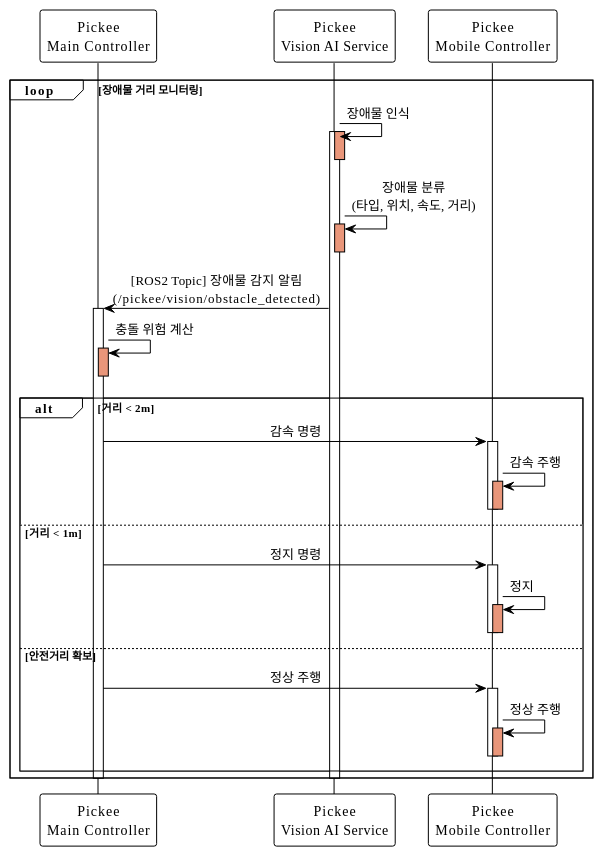
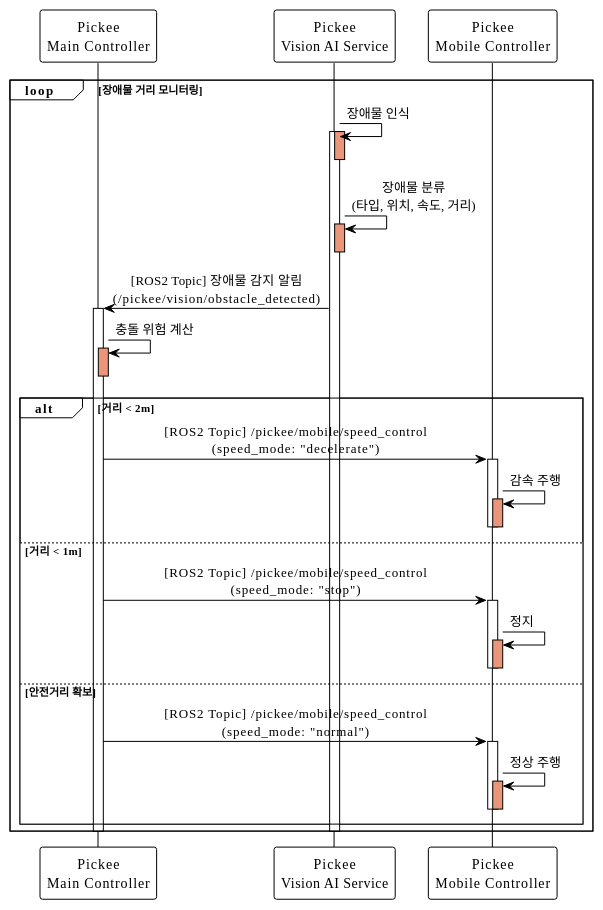
Before and after one commit to addinedu-roscamp-7th/roscamp-repo-1: the diagram in docs/SequenceDiagram/SC_02_2_2.md, drawn with PlantUML. The commit also changed 11 other files, not shown here.

```diff
--- a/docs/SequenceDiagram/SC_02_2_2.md
+++ b/docs/SequenceDiagram/SC_02_2_2.md
@@ -1,62 +1,62 @@
 @startuml SC_02_2_2
 !theme plain
 skinparam backgroundColor #FFFFFF
 skinparam sequenceMessageAlign center
 
 participant "Pickee\nMain Controller" as pickee_main
 participant "Pickee\nVision AI Service" as vision
 participant "Pickee\nMobile Controller" as pickee_mobile
 
 loop 장애물 거리 모니터링
     vision -> vision: 장애물 인식
     activate vision
     activate vision #DarkSalmon
     deactivate vision
     
     vision -> vision: 장애물 분류\n(타입, 위치, 속도, 거리)
     activate vision #DarkSalmon
     deactivate vision
     
     vision -> pickee_main: [ROS2 Topic] 장애물 감지 알림\n(/pickee/vision/obstacle_detected)
     activate pickee_main
     
     pickee_main -> pickee_main: 충돌 위험 계산
     activate pickee_main #DarkSalmon
     deactivate pickee_main
     
     alt 거리 < 2m
-        pickee_main -> pickee_mobile: 감속 명령
+        pickee_main -> pickee_mobile: [ROS2 Topic] /pickee/mobile/speed_control\n(speed_mode: "decelerate")
         activate pickee_mobile
         
         pickee_mobile -> pickee_mobile: 감속 주행
         activate pickee_mobile #DarkSalmon
         deactivate pickee_mobile
         
         deactivate pickee_mobile
         
     else 거리 < 1m
-        pickee_main -> pickee_mobile: 정지 명령
+        pickee_main -> pickee_mobile: [ROS2 Topic] /pickee/mobile/speed_control\n(speed_mode: "stop")
         activate pickee_mobile
         
         pickee_mobile -> pickee_mobile: 정지
         activate pickee_mobile #DarkSalmon
         deactivate pickee_mobile
         
         deactivate pickee_mobile
         
     else 안전거리 확보
-        pickee_main -> pickee_mobile: 정상 주행
+        pickee_main -> pickee_mobile: [ROS2 Topic] /pickee/mobile/speed_control\n(speed_mode: "normal")
         activate pickee_mobile
         
         pickee_mobile -> pickee_mobile: 정상 주행
         activate pickee_mobile #DarkSalmon
         deactivate pickee_mobile
         
         deactivate pickee_mobile
     end
     
     deactivate pickee_main
     deactivate vision
 end
 
 @enduml
```
